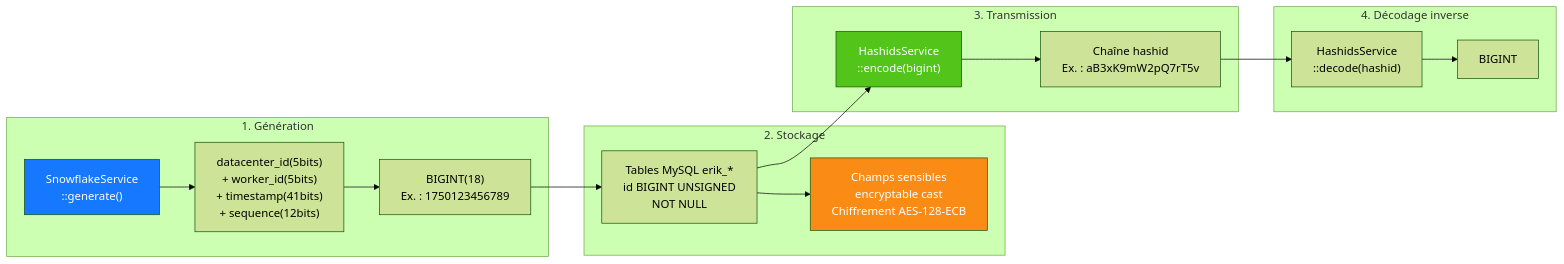
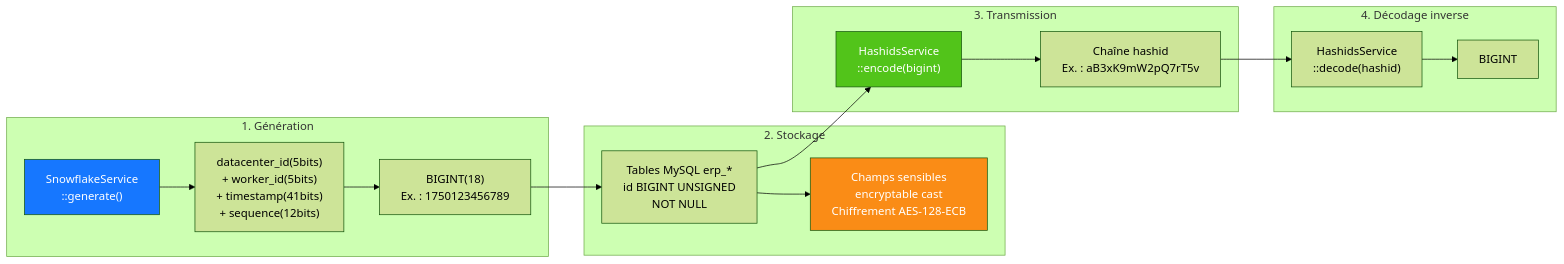
Before and after one commit to erikwang2013/erp-php: the seventh of 20 diagrams in docs/i18n/fr/ARCHITECTURE.md, drawn with Mermaid (forest theme). The commit also changed other lines of this file and 449 other files, not shown here.

First line of the commit message:
全局命名统一：数据库 erp、表前缀 erp_、Redis 前缀 erp:（原 erik_/open_admin）

````diff
--- a/docs/i18n/fr/ARCHITECTURE.md
+++ b/docs/i18n/fr/ARCHITECTURE.md
@@ -373,33 +373,33 @@
 ```mermaid
 flowchart LR
     subgraph "1. Génération"
         G1["SnowflakeService<br/>::generate()"]
         G2["datacenter_id(5bits)<br/>+ worker_id(5bits)<br/>+ timestamp(41bits)<br/>+ sequence(12bits)"]
         G3["BIGINT(18)<br/>Ex. : 1750123456789"]
         G1 --> G2 --> G3
     end
 
     subgraph "2. Stockage"
-        S1["Tables MySQL erik_*<br/>id BIGINT UNSIGNED<br/>NOT NULL"]
+        S1["Tables MySQL erp_*<br/>id BIGINT UNSIGNED<br/>NOT NULL"]
         S2["Champs sensibles<br/>encryptable cast<br/>Chiffrement AES-128-ECB"]
         G3 --> S1
         S1 --> S2
     end
 
     subgraph "3. Transmission"
         T1["HashidsService<br/>::encode(bigint)"]
         T2["Chaîne hashid<br/>Ex. : aB3xK9mW2pQ7rT5v"]
         S1 --> T1
         T1 --> T2
     end
 
     subgraph "4. Décodage inverse"
         R1["HashidsService<br/>::decode(hashid)"]
         R2["BIGINT"]
         T2 --> R1 --> R2
     end
 
     style G1 fill:#1677FF,color:#fff
     style T1 fill:#52C41A,color:#fff
     style S2 fill:#FA8C16,color:#fff
 ```
````
